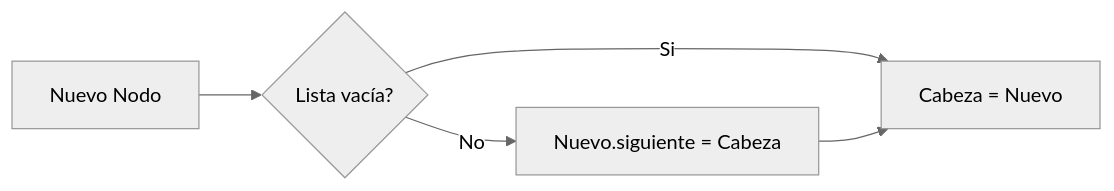
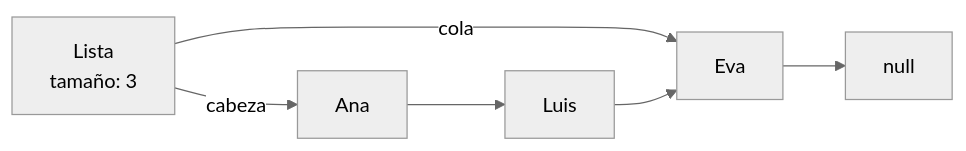
One commit to djaimej/computer-science-template changed the first of 3 diagrams in public/documents/semester-1/3/1343.md. Above: the diagram before and after it, drawn with Mermaid (neutral theme). The commit also changed other lines of this file and 5 other files, not shown here.

````diff
--- a/public/documents/semester-1/3/1343.md
+++ b/public/documents/semester-1/3/1343.md
@@ -79,5 +13,8 @@
 ```mermaid
 flowchart LR
-  NN["Nuevo Nodo"] --> LV{"Lista vacía?"} -- Si --> CN["Cabeza = Nuevo"]
-  LV -- No --> SC["Nuevo.siguiente = Cabeza"] --> CN
+  L["Lista<br/>tamaño: 3"] -- cabeza --> A["Ana"]
+  L -- cola --> C["Eva"]
+  A --> B["Luis"]
+  B --> C
+  C --> N["null"]
 ```
````
